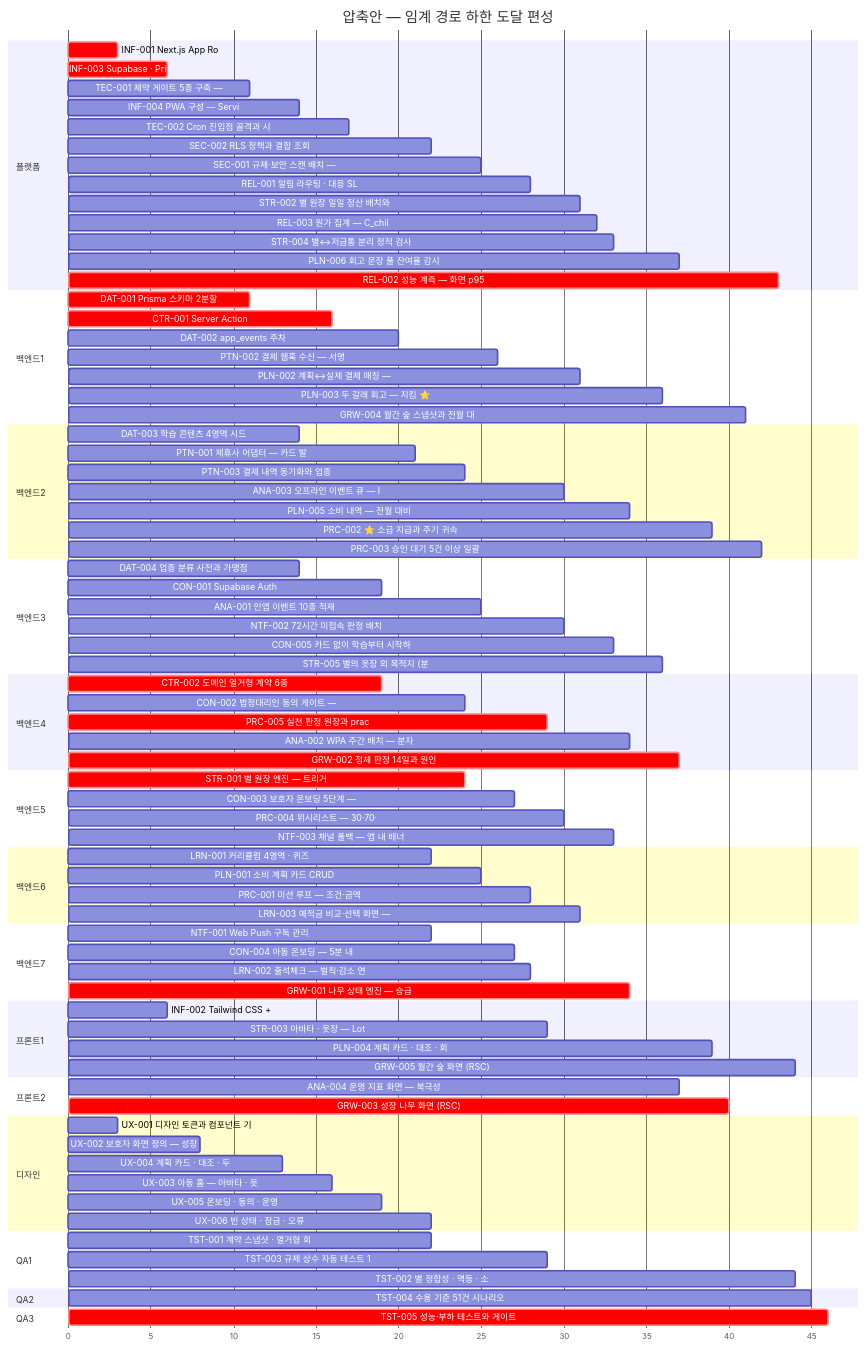
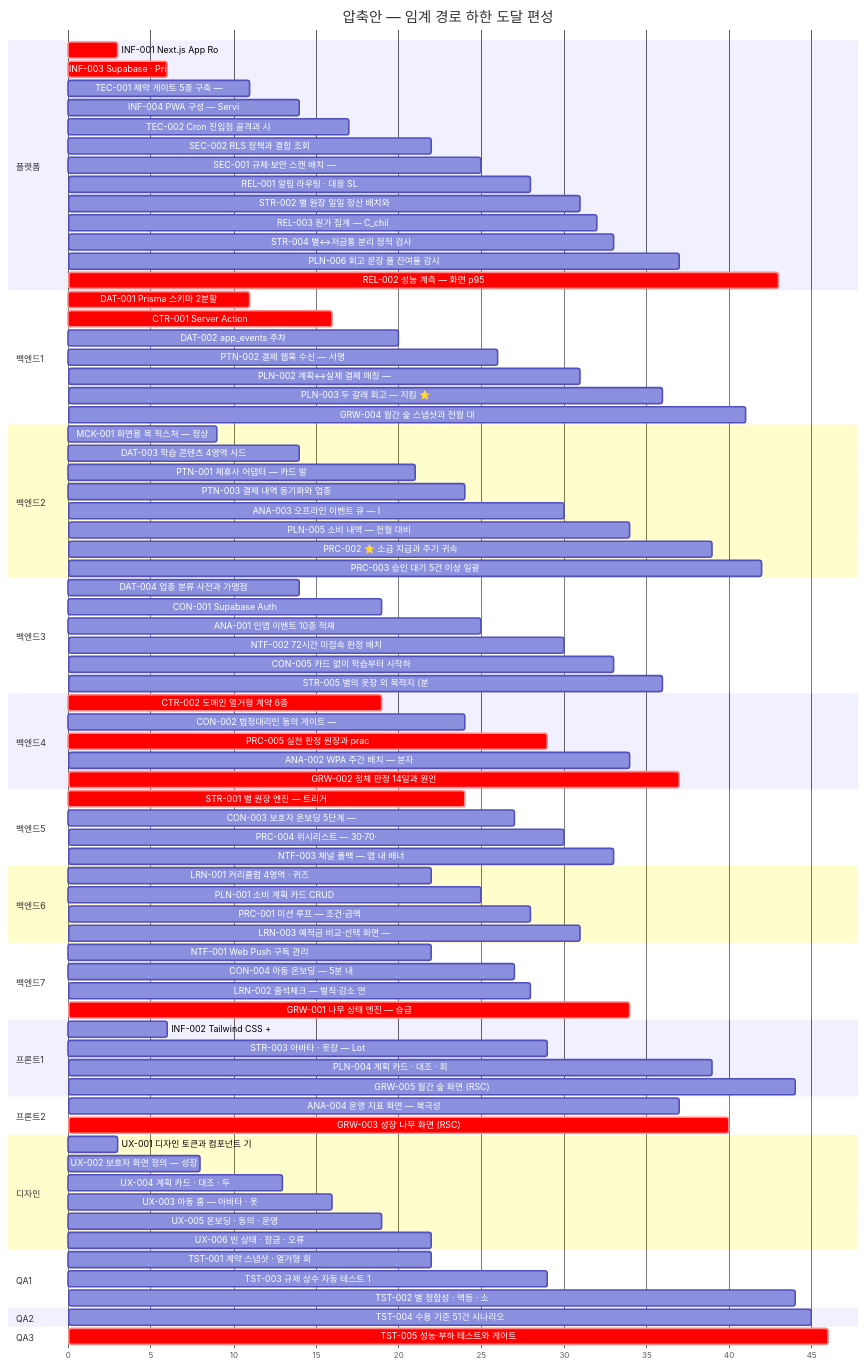
One commit to 2ma1995/finfriends-toSRS changed the diagram in docs/plan-docs/[Plan]FinFriends-Fast-Track-Schedule.md. Above: the diagram before and after it, drawn with Mermaid. The commit also changed other lines of this file and 18 other files, not shown here.

```diff
--- a/docs/plan-docs/[Plan]FinFriends-Fast-Track-Schedule.md
+++ b/docs/plan-docs/[Plan]FinFriends-Fast-Track-Schedule.md
@@ -114,6 +114,7 @@
     PLN-003 두 갈래 회고 — 지킴 ⭐ :PLN_003, 31, 36
     GRW-004 월간 숲 스냅샷과 전월 대 :GRW_004, 36, 41
     section 백엔드2
+    MCK-001 화면용 목 픽스처 — 정상 :MCK_001, 6, 9
     DAT-003 학습 콘텐츠 4영역 시드  :DAT_003, 11, 14
     PTN-001 제휴사 어댑터 — 카드 발 :PTN_001, 16, 21
     PTN-003 결제 내역 동기화와 업종  :PTN_003, 21, 24
```
